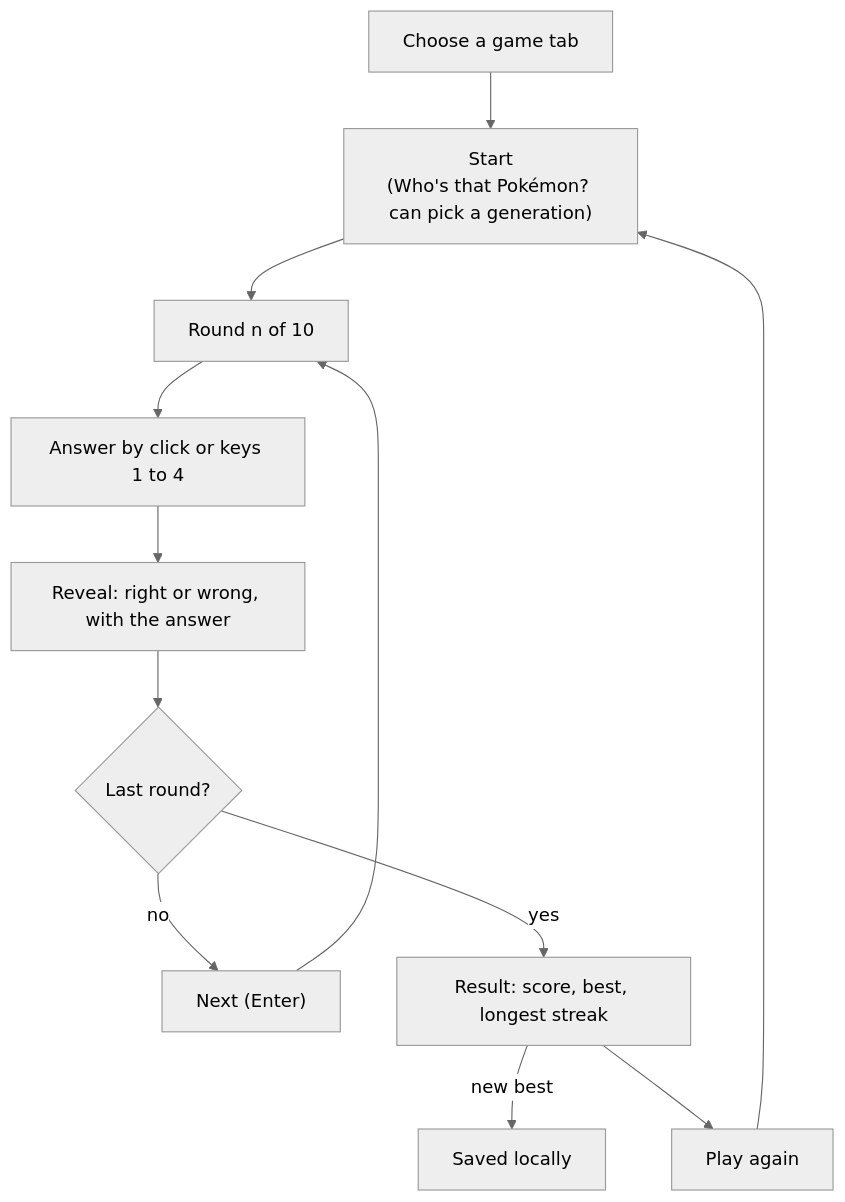
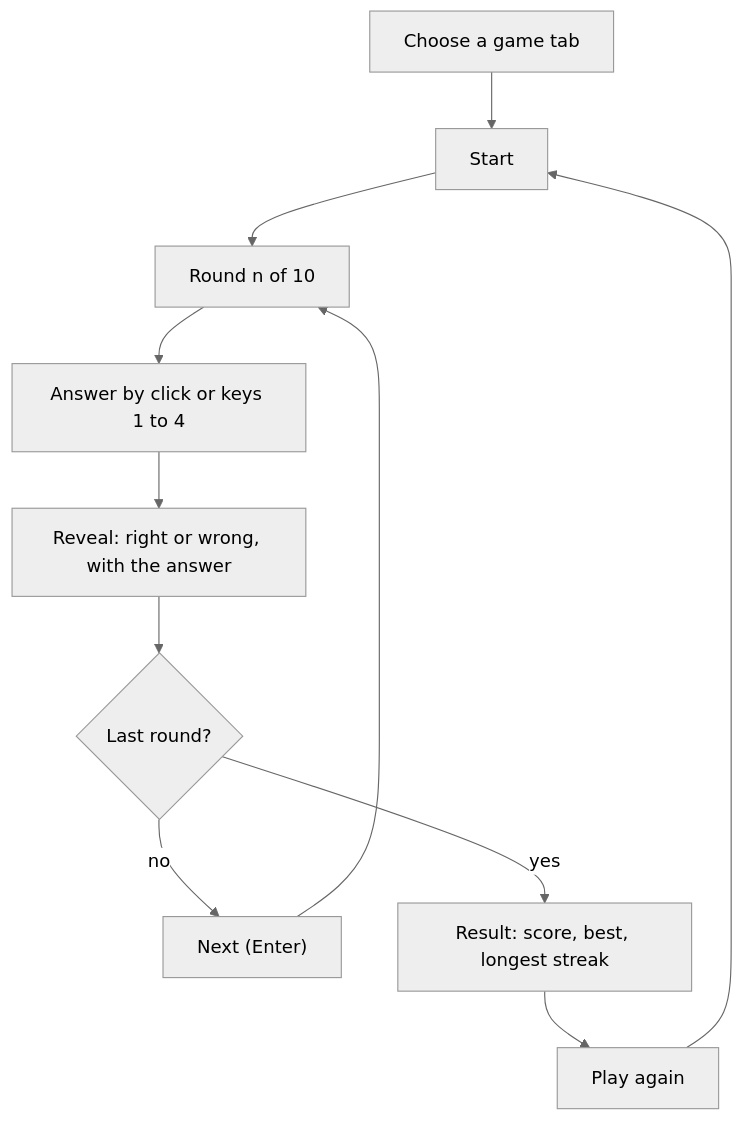
One commit to bachbnt/bokedex changed the fifth of 5 diagrams in docs/DESIGN.md. Above: the diagram before and after it, drawn with Mermaid (neutral theme). The commit also changed other lines of this file and 70 other files, not shown here.

````diff
--- a/docs/DESIGN.md
+++ b/docs/DESIGN.md
@@ -118,12 +136,11 @@
 ```mermaid
 flowchart TD
-  A["Choose a game tab"] --> B["Start<br/>(Who's that Pokémon? can pick a generation)"]
+  A["Choose a game tab"] --> B["Start"]
   B --> C["Round n of 10"]
   C --> D["Answer by click or keys 1 to 4"]
   D --> E["Reveal: right or wrong, with the answer"]
   E --> F{Last round?}
   F -->|no| G["Next (Enter)"] --> C
   F -->|yes| H["Result: score, best, longest streak"]
-  H -->|new best| I["Saved locally"]
   H --> J["Play again"] --> B
 ```
````
